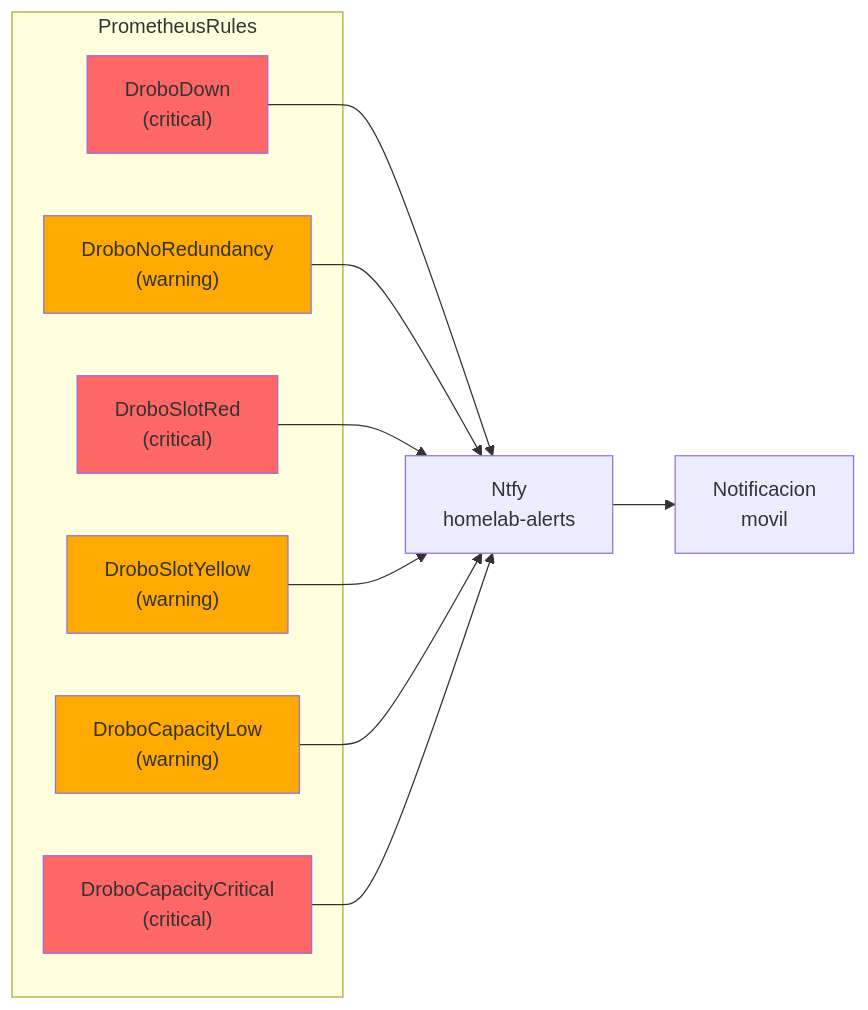
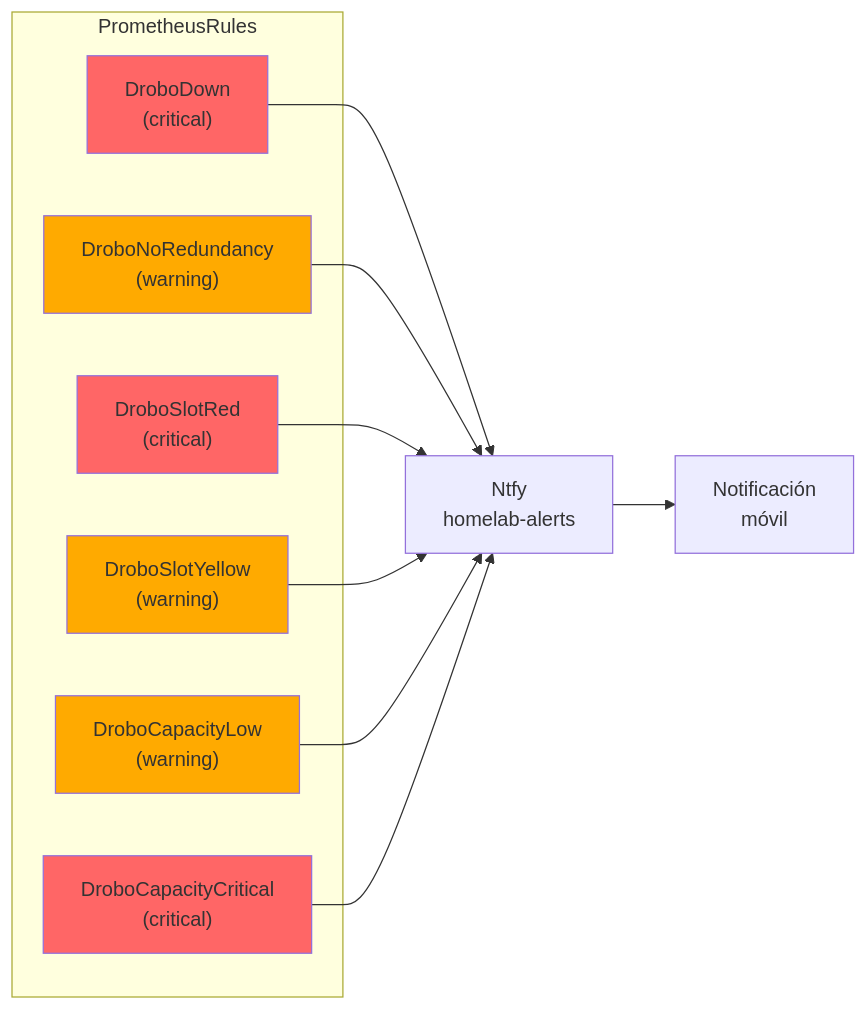
The diagram in docs/blog/images/drobo-alerts.mmd (cbenitezpy-ueno/chocolandia_kube), drawn with Mermaid before and after one commit. The commit also changed 4 other files, not shown here.

```diff
--- a/docs/blog/images/drobo-alerts.mmd
+++ b/docs/blog/images/drobo-alerts.mmd
@@ -1,25 +1,25 @@
 flowchart LR
     subgraph alerts["PrometheusRules"]
         A1["DroboDown\n(critical)"]
         A2["DroboNoRedundancy\n(warning)"]
         A3["DroboSlotRed\n(critical)"]
         A4["DroboSlotYellow\n(warning)"]
         A5["DroboCapacityLow\n(warning)"]
         A6["DroboCapacityCritical\n(critical)"]
     end
 
     A1 --> ntfy["Ntfy\nhomelab-alerts"]
     A2 --> ntfy
     A3 --> ntfy
     A4 --> ntfy
     A5 --> ntfy
     A6 --> ntfy
 
-    ntfy --> phone["Notificacion\nmovil"]
+    ntfy --> phone["Notificación\nmóvil"]
 
     style A1 fill:#f66
     style A3 fill:#f66
     style A6 fill:#f66
     style A2 fill:#fa0
     style A4 fill:#fa0
     style A5 fill:#fa0
```
